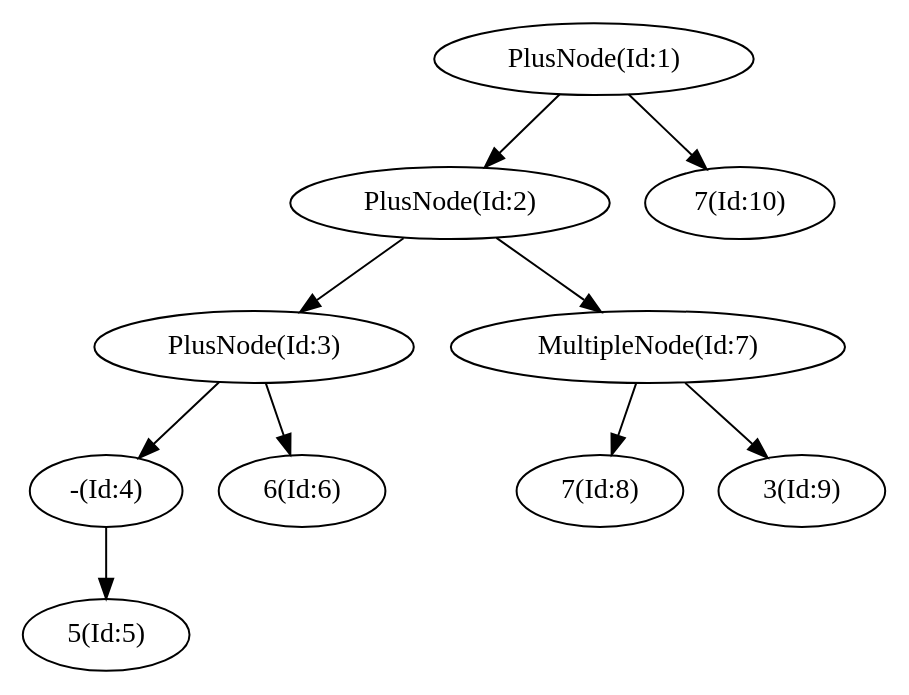
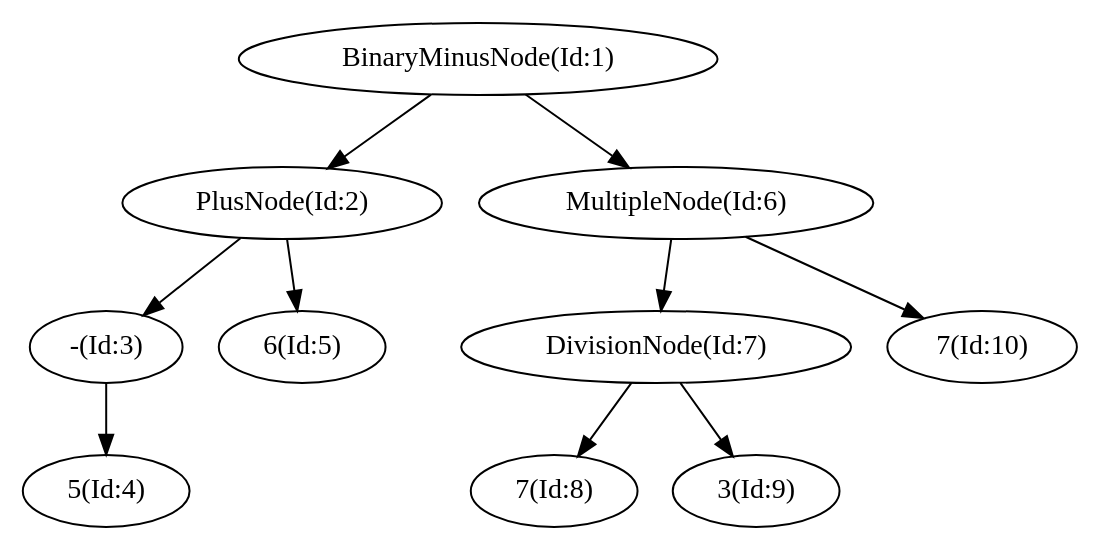
The diagram in Compiler/SyntacticalAnalyzerGenerator/LangFiles/astTree.dot (egoshin-igor/StateMachine), drawn with Graphviz before and after one commit. The commit also changed 5 other files, not shown here.

Commit message:
added binary minus node

```diff
--- a/Compiler/SyntacticalAnalyzerGenerator/LangFiles/astTree.dot
+++ b/Compiler/SyntacticalAnalyzerGenerator/LangFiles/astTree.dot
@@ -1,1 +1,1 @@
-digraph G{"PlusNode(Id:1)"->"PlusNode(Id:2)";"PlusNode(Id:1)"->"7(Id:10)";"PlusNode(Id:2)"->"PlusNode(Id:3)";"PlusNode(Id:2)"->"MultipleNode(Id:7)";"PlusNode(Id:3)"->"-(Id:4)";"PlusNode(Id:3)"->"6(Id:6)";"-(Id:4)"->"5(Id:5)";"MultipleNode(Id:7)"->"7(Id:8)";"MultipleNode(Id:7)"->"3(Id:9)";}
+digraph G{"BinaryMinusNode(Id:1)"->"PlusNode(Id:2)";"BinaryMinusNode(Id:1)"->"MultipleNode(Id:6)";"PlusNode(Id:2)"->"-(Id:3)";"PlusNode(Id:2)"->"6(Id:5)";"-(Id:3)"->"5(Id:4)";"MultipleNode(Id:6)"->"DivisionNode(Id:7)";"MultipleNode(Id:6)"->"7(Id:10)";"DivisionNode(Id:7)"->"7(Id:8)";"DivisionNode(Id:7)"->"3(Id:9)";}
```
